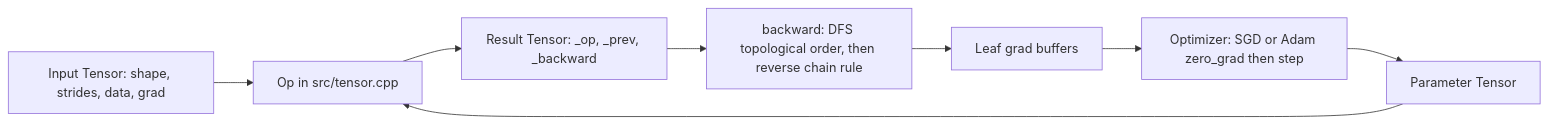
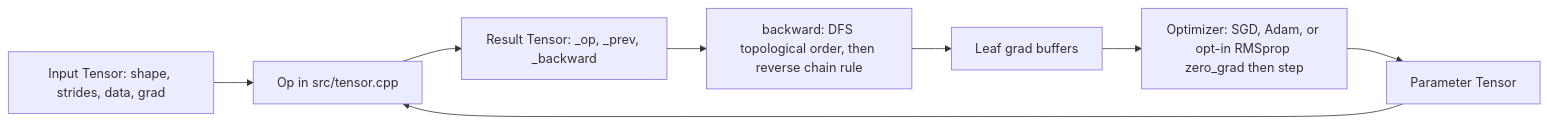
Before and after one commit to ibraramin/MiniML-CPP: the diagram in docs/ARCHITECTURE.md, drawn with Mermaid. The commit also changed other lines of this file and 14 other files, not shown here.

````diff
--- a/docs/ARCHITECTURE.md
+++ b/docs/ARCHITECTURE.md
@@ -13,10 +13,10 @@
 ```mermaid
 flowchart LR
     X["Input Tensor: shape, strides, data, grad"] --> F["Op in src/tensor.cpp"]
     W["Parameter Tensor"] --> F
     F --> Y["Result Tensor: _op, _prev, _backward"]
     Y --> B["backward: DFS topological order, then reverse chain rule"]
     B --> G["Leaf grad buffers"]
-    G --> O["Optimizer: SGD or Adam zero_grad then step"]
+    G --> O["Optimizer: SGD, Adam, or opt-in RMSprop zero_grad then step"]
     O --> W
 ```
````
